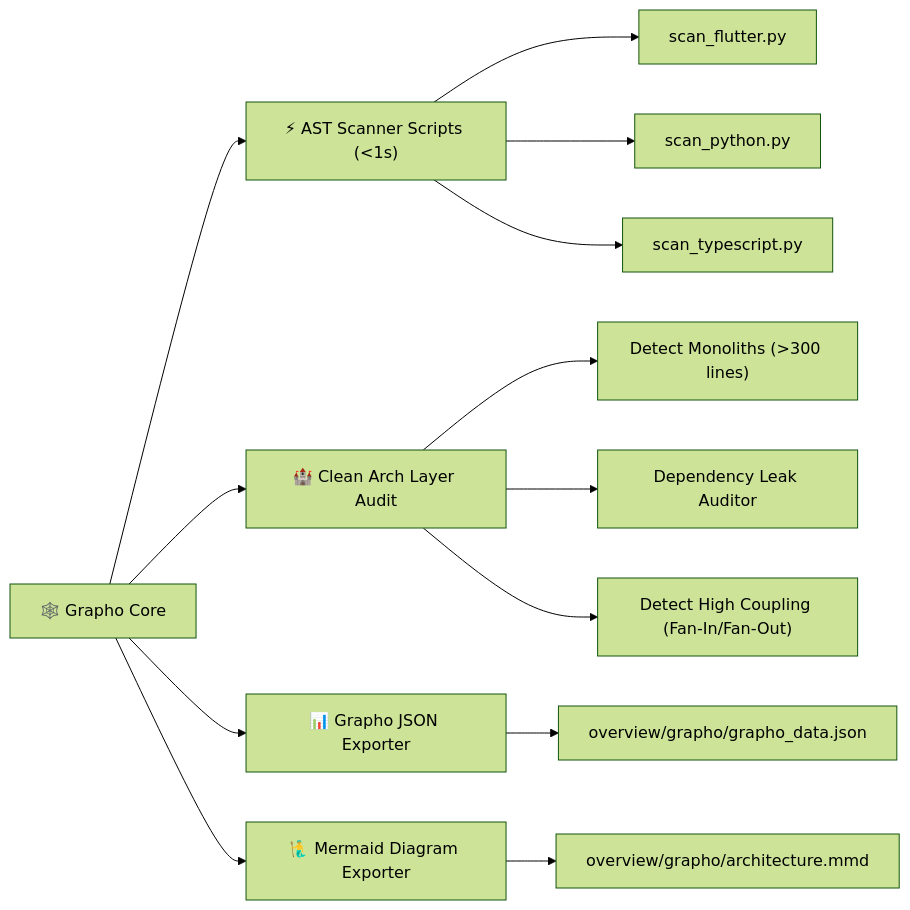
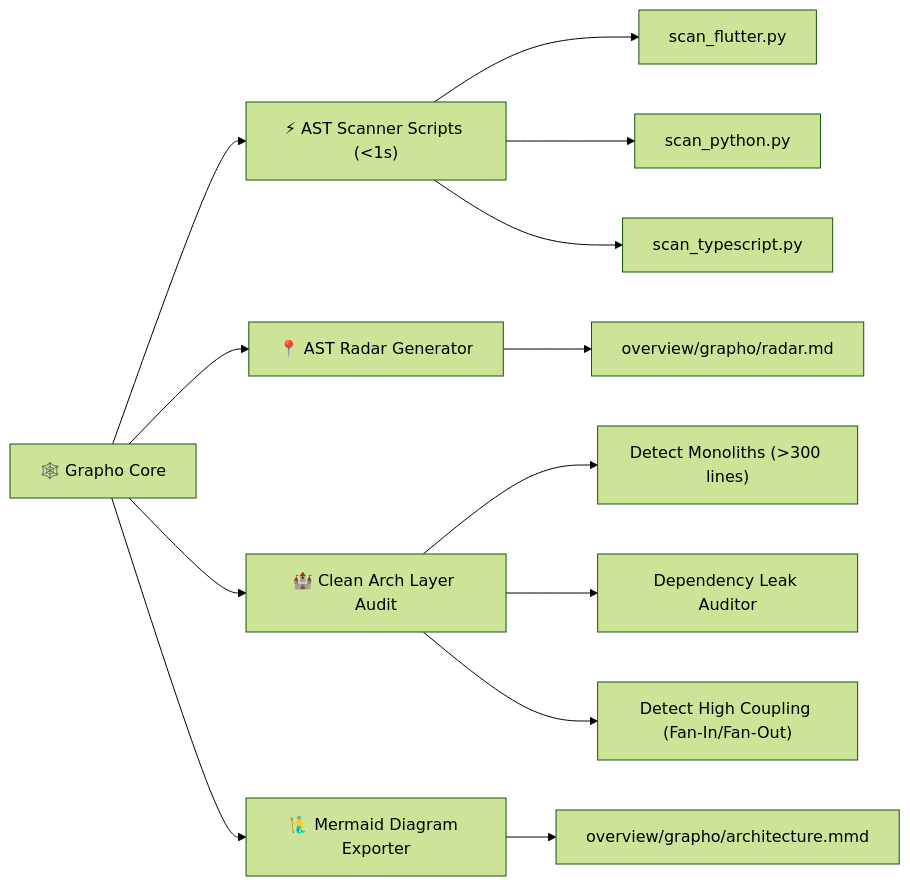
Before and after one commit to Agent-Rules-Ecosystem/grapho-agent-skill: the second of 2 diagrams in SKILL.md, drawn with Mermaid (forest theme). The commit also changed other lines of this file and 5 other files, not shown here.

````diff
--- a/SKILL.md
+++ b/SKILL.md
@@ -10,18 +36,18 @@
 ```mermaid
 graph LR
     A["🕸️ Grapho Core"] --> B["⚡ AST Scanner Scripts (<1s)"]
-    A --> C["🏰 Clean Arch Layer Audit"]
-    A --> D["📊 Grapho JSON Exporter"]
+    A --> C["📍 AST Radar Generator"]
+    A --> D["🏰 Clean Arch Layer Audit"]
     A --> E["🧜‍♂️ Mermaid Diagram Exporter"]
 
     B --> B1["scan_flutter.py"]
     B --> B2["scan_python.py"]
     B --> B3["scan_typescript.py"]
 
-    C --> C1["Detect Monoliths (>300 lines)"]
-    C --> C2["Dependency Leak Auditor"]
-    C --> C3["Detect High Coupling (Fan-In/Fan-Out)"]
+    C --> C1["overview/grapho/radar.md"]
+    D --> D1["Detect Monoliths (>300 lines)"]
+    D --> D2["Dependency Leak Auditor"]
+    D --> D3["Detect High Coupling (Fan-In/Fan-Out)"]
 
-    D --> D1["overview/grapho/grapho_data.json"]
     E --> E1["overview/grapho/architecture.mmd"]
 ```
````
